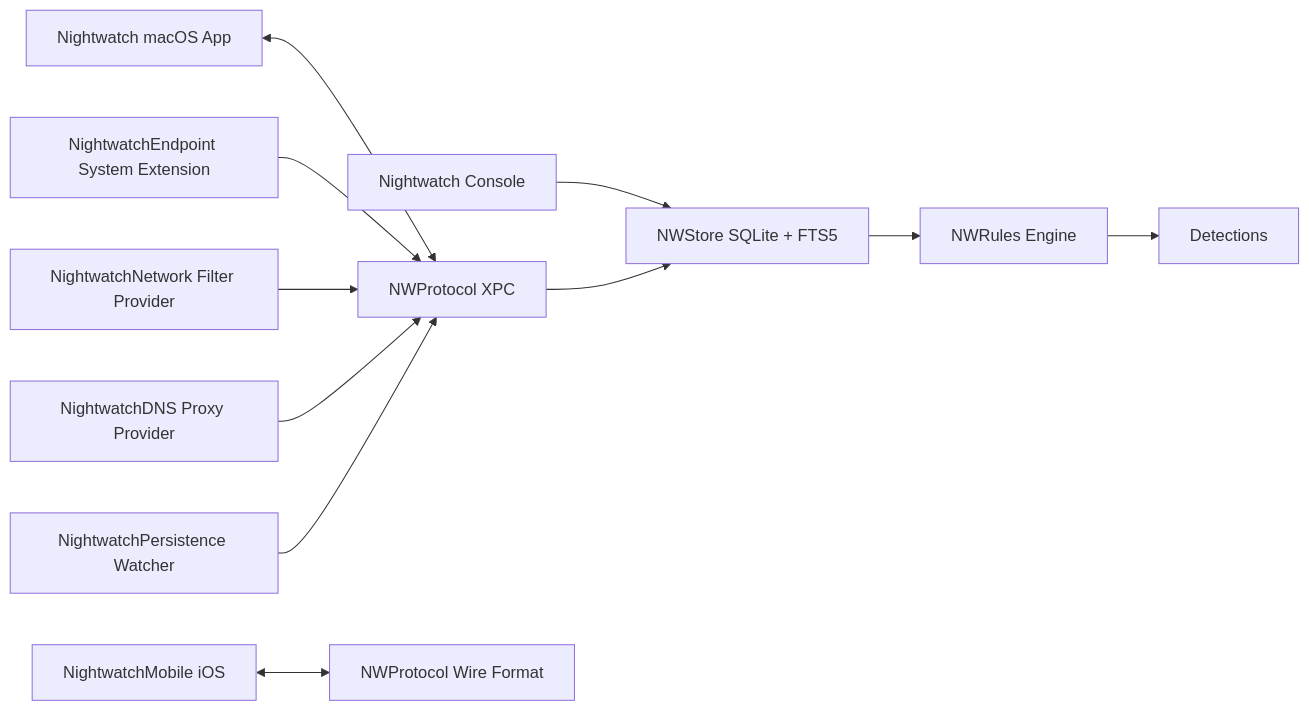
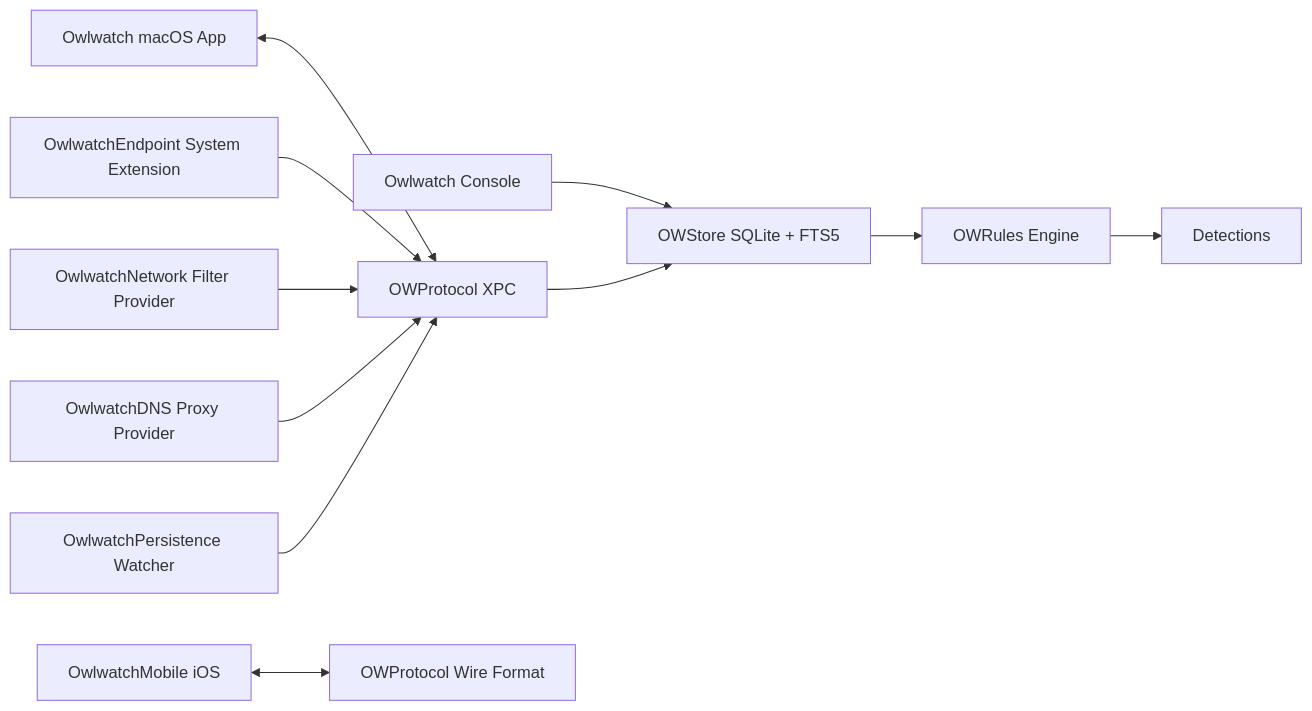
One commit to owlwatchlabs/owlwatch-macos changed the diagram in README.md. Above: the diagram before and after it, drawn with Mermaid. The commit also changed other lines of this file and 115 other files, not shown here.

First line of the commit message:
feat: rebrand project from Nightwatch to Owlwatch (ADR-0003) (#13)

````diff
--- a/README.md
+++ b/README.md
@@ -38,13 +38,13 @@
 ```mermaid
 flowchart LR
-    MenuBar[Nightwatch macOS App] <--> XPC[NWProtocol XPC]
-    Console[Nightwatch Console] --> Store[NWStore SQLite + FTS5]
-    Endpoint[NightwatchEndpoint System Extension] --> XPC
-    Network[NightwatchNetwork Filter Provider] --> XPC
-    DNS[NightwatchDNS Proxy Provider] --> XPC
-    Persistence[NightwatchPersistence Watcher] --> XPC
+    MenuBar[Owlwatch macOS App] <--> XPC[OWProtocol XPC]
+    Console[Owlwatch Console] --> Store[OWStore SQLite + FTS5]
+    Endpoint[OwlwatchEndpoint System Extension] --> XPC
+    Network[OwlwatchNetwork Filter Provider] --> XPC
+    DNS[OwlwatchDNS Proxy Provider] --> XPC
+    Persistence[OwlwatchPersistence Watcher] --> XPC
     XPC --> Store
-    Store --> Rules[NWRules Engine]
+    Store --> Rules[OWRules Engine]
     Rules --> Detections[Detections]
-    Mobile[NightwatchMobile iOS] <--> Protocol[NWProtocol Wire Format]
+    Mobile[OwlwatchMobile iOS] <--> Protocol[OWProtocol Wire Format]
 ```
````
